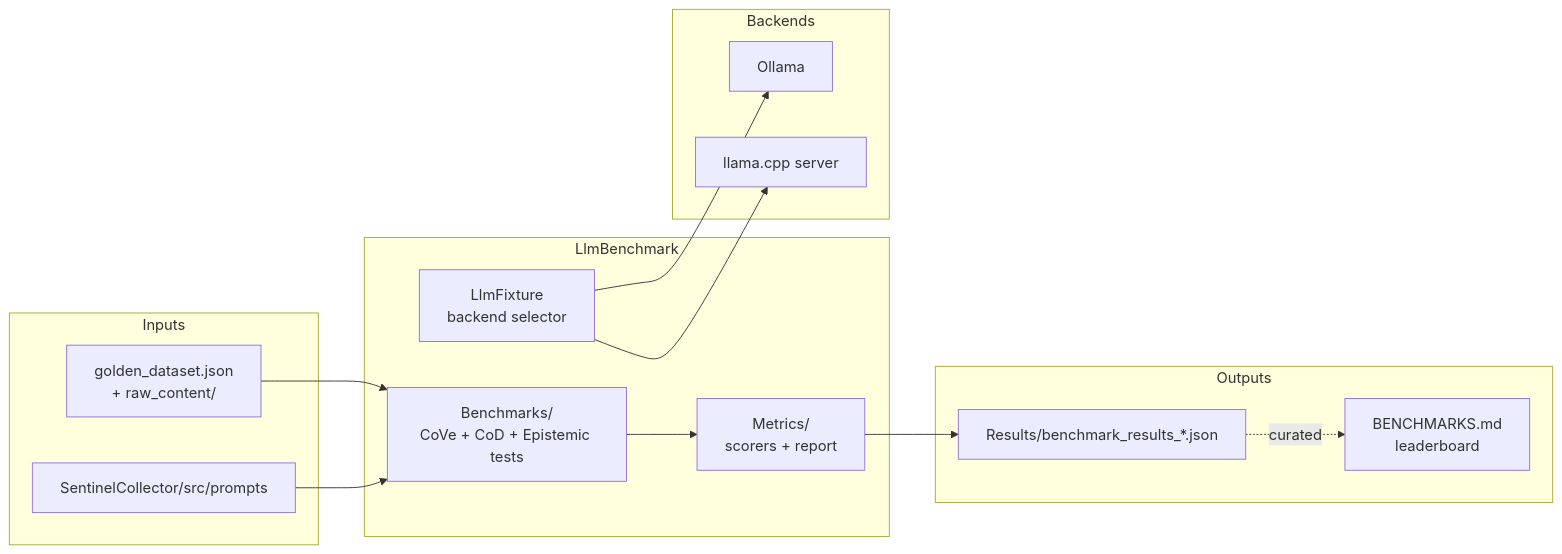
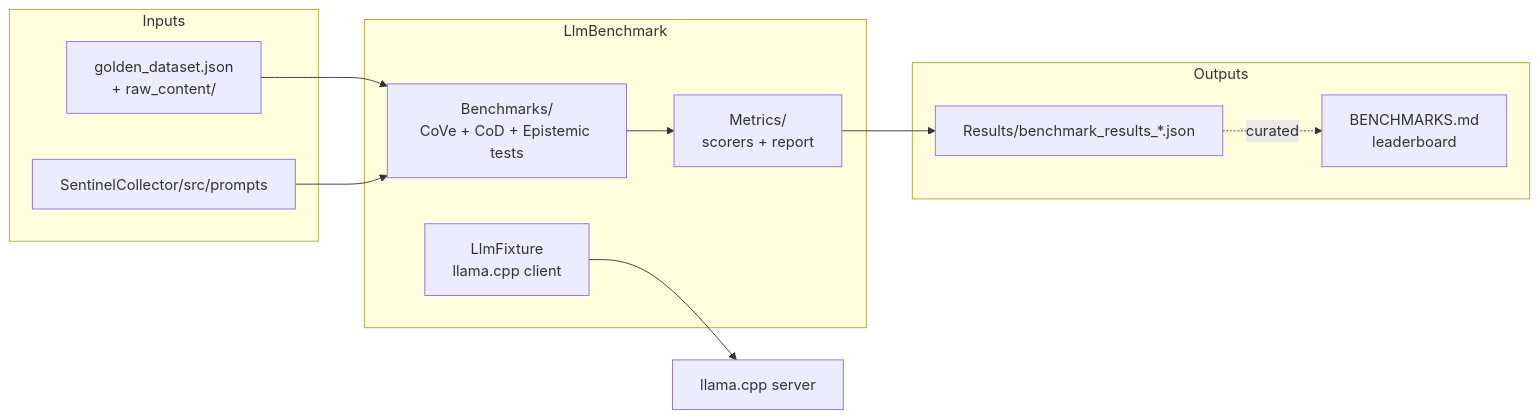
Before and after one commit to jpansarasa/ATLAS-Docs: the diagram in LlmBenchmark/README.md, drawn with Mermaid. The commit also changed other lines of this file and 3 other files, not shown here.

````diff
--- a/LlmBenchmark/README.md
+++ b/LlmBenchmark/README.md
@@ -11,31 +11,27 @@
 ```mermaid
 flowchart LR
     subgraph Inputs
         GD[golden_dataset.json<br/>+ raw_content/]
         PR[SentinelCollector/src/prompts]
     end
 
     subgraph LlmBenchmark
-        FX[LlmFixture<br/>backend selector]
+        FX[LlmFixture<br/>llama.cpp client]
         BM[Benchmarks/<br/>CoVe + CoD + Epistemic tests]
         SC[Metrics/<br/>scorers + report]
     end
 
-    subgraph Backends
-        OL[Ollama]
-        LC[llama.cpp server]
-    end
+    LC[llama.cpp server]
 
     subgraph Outputs
         RJ[Results/benchmark_results_*.json]
         LD[BENCHMARKS.md<br/>leaderboard]
     end
 
     GD --> BM
     PR --> BM
-    FX --> OL
     FX --> LC
     BM --> SC
     SC --> RJ
     RJ -.curated.-> LD
 ```
````
